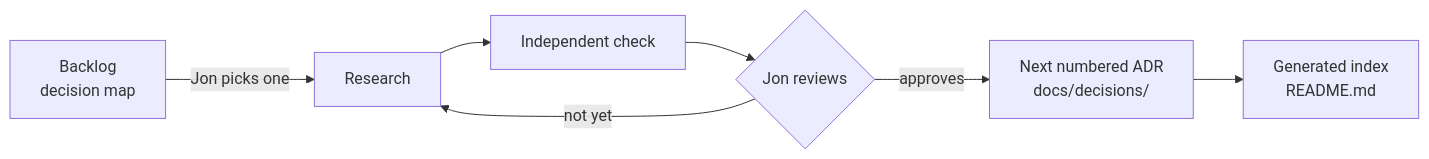
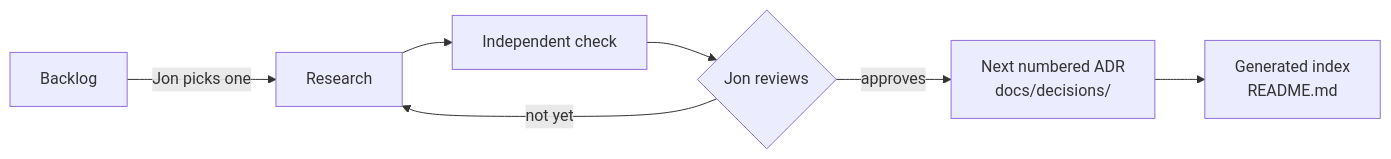
Before and after one commit to jonhill90/central-hub: the diagram in docs/decisions/0001-record-decisions-as-markdown-records.md, drawn with Mermaid. The commit also changed other lines of this file and 2 other files, not shown here.

First line of the commit message:
docs: correct D-0001, D-0002 and the decisions index for BL-NNNN backlog numbers (#40)

````diff
--- a/docs/decisions/0001-record-decisions-as-markdown-records.md
+++ b/docs/decisions/0001-record-decisions-as-markdown-records.md
@@ -51,9 +51,9 @@
 ```mermaid
 flowchart LR
-  B[Backlog<br/>decision map] -->|Jon picks one| R[Research]
+  B[Backlog] -->|Jon picks one| R[Research]
   R --> C[Independent check]
   C --> J{Jon reviews}
   J -->|not yet| R
   J -->|approves| A[Next numbered ADR<br/>docs/decisions/]
   A --> I[Generated index<br/>README.md]
 ```
````
